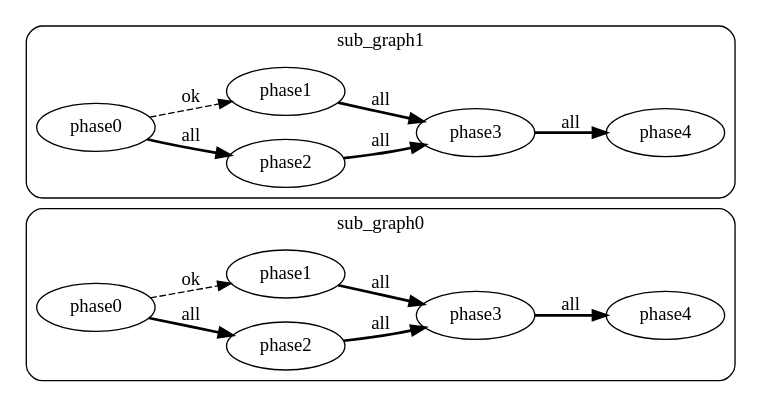
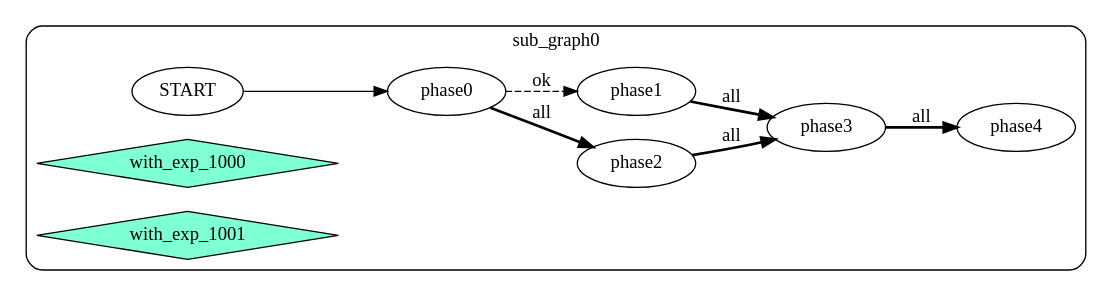
The diagram in didagle/example/example2.toml.dot (yinqiwen/myctk), drawn with Graphviz before and after one commit. The commit also changed 10 other files, not shown here.

```diff
--- a/didagle/example/example2.toml.dot
+++ b/didagle/example/example2.toml.dot
@@ -1,31 +1,20 @@
 digraph G {
     rankdir=LR;
   subgraph cluster_sub_graph0{
     style = rounded;
     label = "sub_graph0";
+    sub_graph0__START__ [label="START"];
     sub_graph0_phase4 [label="phase4"];
     sub_graph0_phase0 [label="phase0"];
     sub_graph0_phase3 [label="phase3"];
     sub_graph0_phase2 [label="phase2"];
     sub_graph0_phase1 [label="phase1"];
+    sub_graph0_with_exp_1000 [label="with_exp_1000" shape=diamond color=black fillcolor=aquamarine style=filled];
+    sub_graph0_with_exp_1001 [label="with_exp_1001" shape=diamond color=black fillcolor=aquamarine style=filled];
     sub_graph0_phase3 -> sub_graph0_phase4 [style=bold label="all"];
-    sub_graph0_phase2 -> sub_graph0_phase3 [style=bold label="all"];
+    sub_graph0__START__ -> sub_graph0_phase0    sub_graph0_phase2 -> sub_graph0_phase3 [style=bold label="all"];
     sub_graph0_phase1 -> sub_graph0_phase3 [style=bold label="all"];
     sub_graph0_phase0 -> sub_graph0_phase2 [style=bold label="all"];
     sub_graph0_phase0 -> sub_graph0_phase1 [style=dashed label="ok"];
 };
-  subgraph cluster_sub_graph1{
-    style = rounded;
-    label = "sub_graph1";
-    sub_graph1_phase4 [label="phase4"];
-    sub_graph1_phase0 [label="phase0"];
-    sub_graph1_phase3 [label="phase3"];
-    sub_graph1_phase2 [label="phase2"];
-    sub_graph1_phase1 [label="phase1"];
-    sub_graph1_phase3 -> sub_graph1_phase4 [style=bold label="all"];
-    sub_graph1_phase2 -> sub_graph1_phase3 [style=bold label="all"];
-    sub_graph1_phase1 -> sub_graph1_phase3 [style=bold label="all"];
-    sub_graph1_phase0 -> sub_graph1_phase2 [style=bold label="all"];
-    sub_graph1_phase0 -> sub_graph1_phase1 [style=dashed label="ok"];
-};
 }
```
